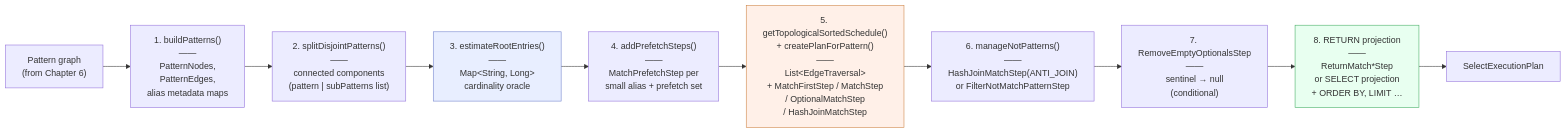
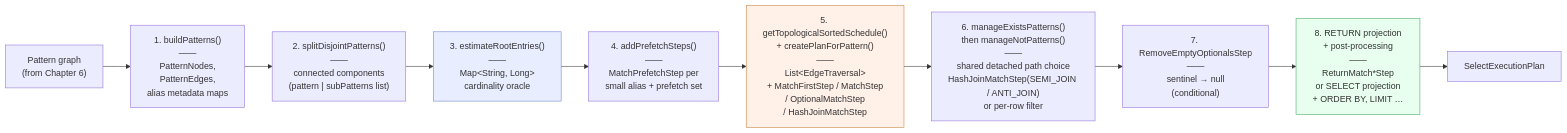
The diagram in docs/yql-internals-book/chapters/07-eight-phase-planner.md (JetBrains/youtrackdb), drawn with Mermaid before and after one commit. The commit also changed other lines of this file and 6 other files, not shown here.

````diff
--- a/docs/yql-internals-book/chapters/07-eight-phase-planner.md
+++ b/docs/yql-internals-book/chapters/07-eight-phase-planner.md
@@ -146,19 +151,19 @@
 ```mermaid
 flowchart LR
     PG["Pattern graph\n(from Chapter 6)"]
     P1["1. buildPatterns()\n——\nPatternNodes,\nPatternEdges,\nalias metadata maps"]
     P2["2. splitDisjointPatterns()\n——\nconnected components\n(pattern | subPatterns list)"]
     P3["3. estimateRootEntries()\n——\nMap&lt;String, Long&gt;\ncardinality oracle"]
     P4["4. addPrefetchSteps()\n——\nMatchPrefetchStep per\nsmall alias + prefetch set"]
     P5["5. getTopologicalSortedSchedule()\n+ createPlanForPattern()\n——\nList&lt;EdgeTraversal&gt;\n+ MatchFirstStep / MatchStep\n/ OptionalMatchStep\n/ HashJoinMatchStep"]
-    P6["6. manageNotPatterns()\n——\nHashJoinMatchStep(ANTI_JOIN)\nor FilterNotMatchPatternStep"]
+    P6["6. manageExistsPatterns()\nthen manageNotPatterns()\n——\nshared detached path choice\nHashJoinMatchStep(SEMI_JOIN / ANTI_JOIN)\nor per-row filter"]
     P7["7. RemoveEmptyOptionalsStep\n——\nsentinel → null\n(conditional)"]
-    P8["8. RETURN projection\n——\nReturnMatch*Step\nor SELECT projection\n+ ORDER BY, LIMIT …"]
+    P8["8. RETURN projection\n+ post-processing\n——\nReturnMatch*Step\nor SELECT projection\n+ ORDER BY, LIMIT …"]
     PLAN["SelectExecutionPlan"]
 
     PG --> P1 --> P2 --> P3 --> P4 --> P5 --> P6 --> P7 --> P8 --> PLAN
 
     style P3 fill:#e8eeff,stroke:#7080cc
     style P5 fill:#fff0e8,stroke:#cc8040
     style P8 fill:#e8fff0,stroke:#40aa60
 ```
````
